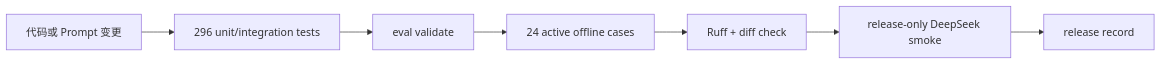
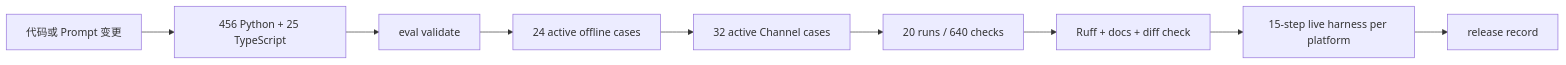
Before and after one commit to NEDONION/lobster0: the diagram in docs/evals/README.md, drawn with Mermaid. The commit also changed other lines of this file and 16 other files, not shown here.

````diff
--- a/docs/evals/README.md
+++ b/docs/evals/README.md
@@ -18,9 +18,11 @@
 ```mermaid
 flowchart LR
-    CHANGE["代码或 Prompt 变更"] --> UNIT["296 unit/integration tests"]
+    CHANGE["代码或 Prompt 变更"] --> UNIT["456 Python + 25 TypeScript"]
     UNIT --> VALIDATE["eval validate"]
     VALIDATE --> OFFLINE["24 active offline cases"]
-    OFFLINE --> RUFF["Ruff + diff check"]
-    RUFF --> LIVE["release-only DeepSeek smoke"]
+    OFFLINE --> CHANNEL["32 active Channel cases"]
+    CHANNEL --> SOAK["20 runs / 640 checks"]
+    SOAK --> RUFF["Ruff + docs + diff check"]
+    RUFF --> LIVE["15-step live harness per platform"]
     LIVE --> RECORD["release record"]
 ```
````
